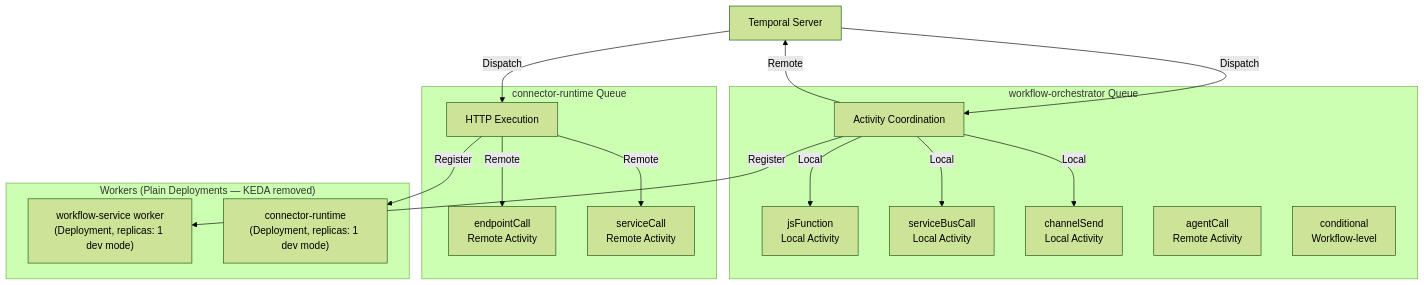
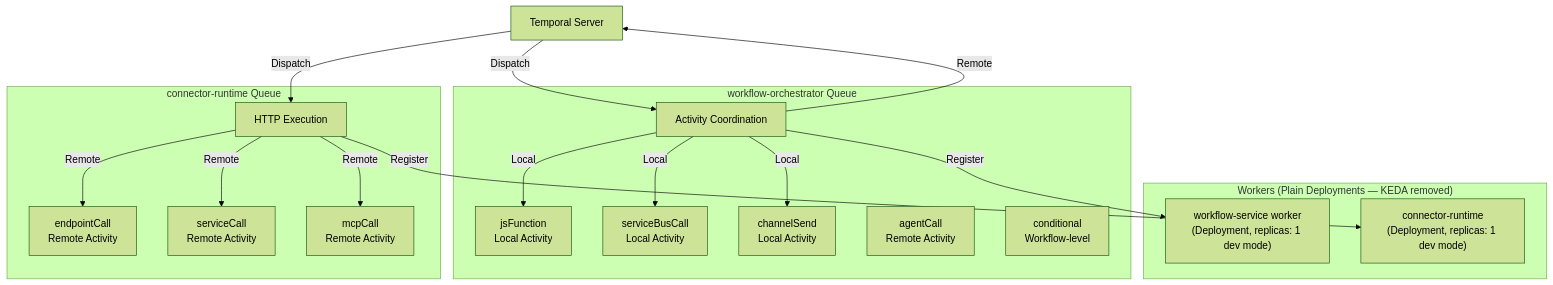
Before and after one commit to ccarnero/colloqui: diagram 15 of 19 in DOCS/architecture/overview.md, drawn with Mermaid (forest theme). The commit also changed other lines of this file and 211 other files, not shown here.

````diff
--- a/DOCS/architecture/overview.md
+++ b/DOCS/architecture/overview.md
@@ -903,37 +930,39 @@
 ```mermaid
 graph TB
     TEMPORAL["Temporal Server"]
 
     subgraph "workflow-orchestrator Queue"
         COORD["Activity Coordination"]
         JS["jsFunction<br/>Local Activity"]
         SB["serviceBusCall<br/>Local Activity"]
         CH["channelSend<br/>Local Activity"]
         AG["agentCall<br/>Remote Activity"]
         COND["conditional<br/>Workflow-level"]
     end
 
     subgraph "connector-runtime Queue"
         HTTP["HTTP Execution"]
         EP["endpointCall<br/>Remote Activity"]
         SC["serviceCall<br/>Remote Activity"]
+        MCP["mcpCall<br/>Remote Activity"]
     end
 
     subgraph "Workers (Plain Deployments — KEDA removed)"
         WFW["workflow-service worker<br/>(Deployment, replicas: 1 dev mode)"]
         HAW["connector-runtime<br/>(Deployment, replicas: 1 dev mode)"]
     end
 
     TEMPORAL -->|Dispatch| COORD
     COORD -->|Local| JS
     COORD -->|Local| SB
     COORD -->|Local| CH
     COORD -->|Remote| TEMPORAL
 
     TEMPORAL -->|Dispatch| HTTP
     HTTP -->|Remote| EP
     HTTP -->|Remote| SC
+    HTTP -->|Remote| MCP
 
     COORD -->|Register| WFW
     HTTP -->|Register| HAW
 ```
````
